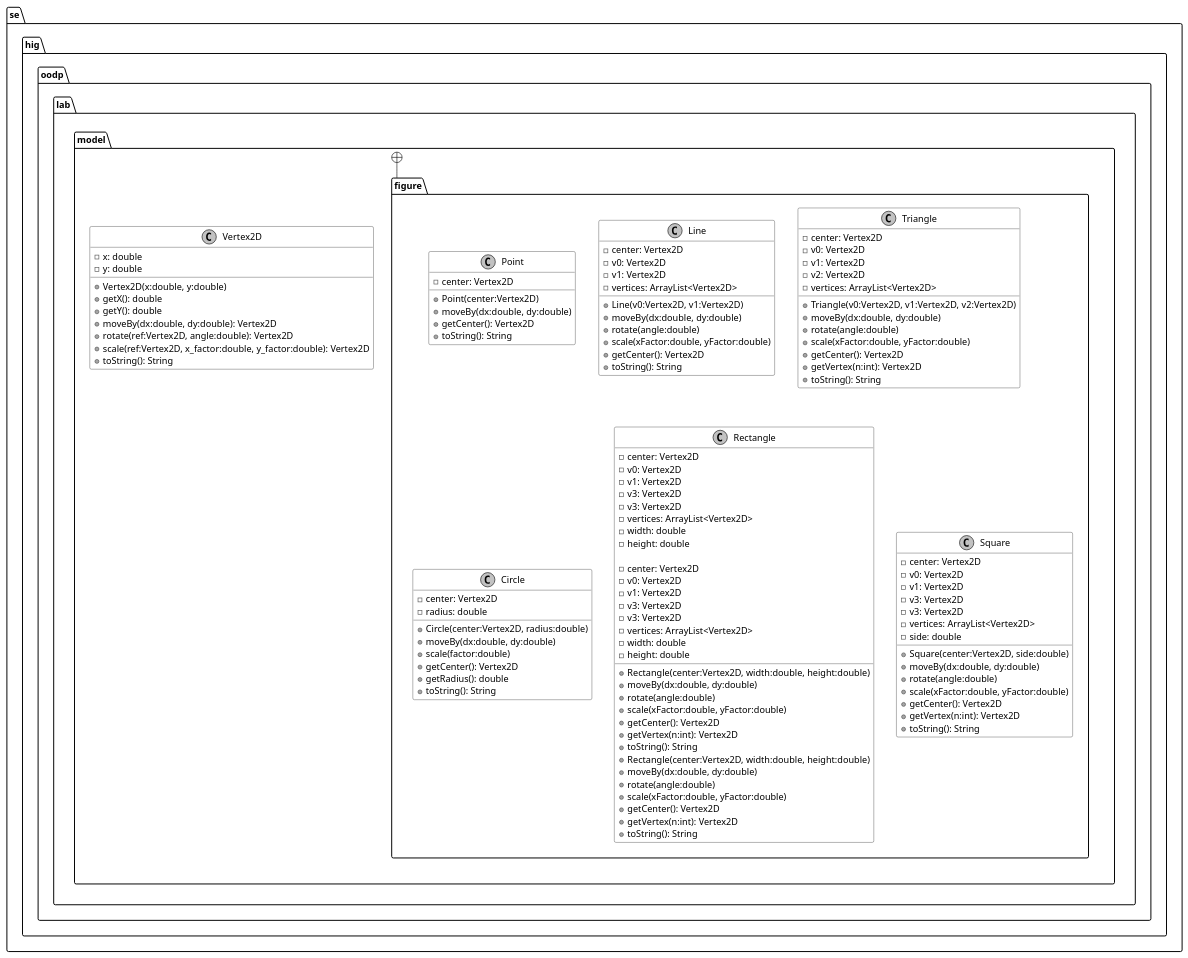
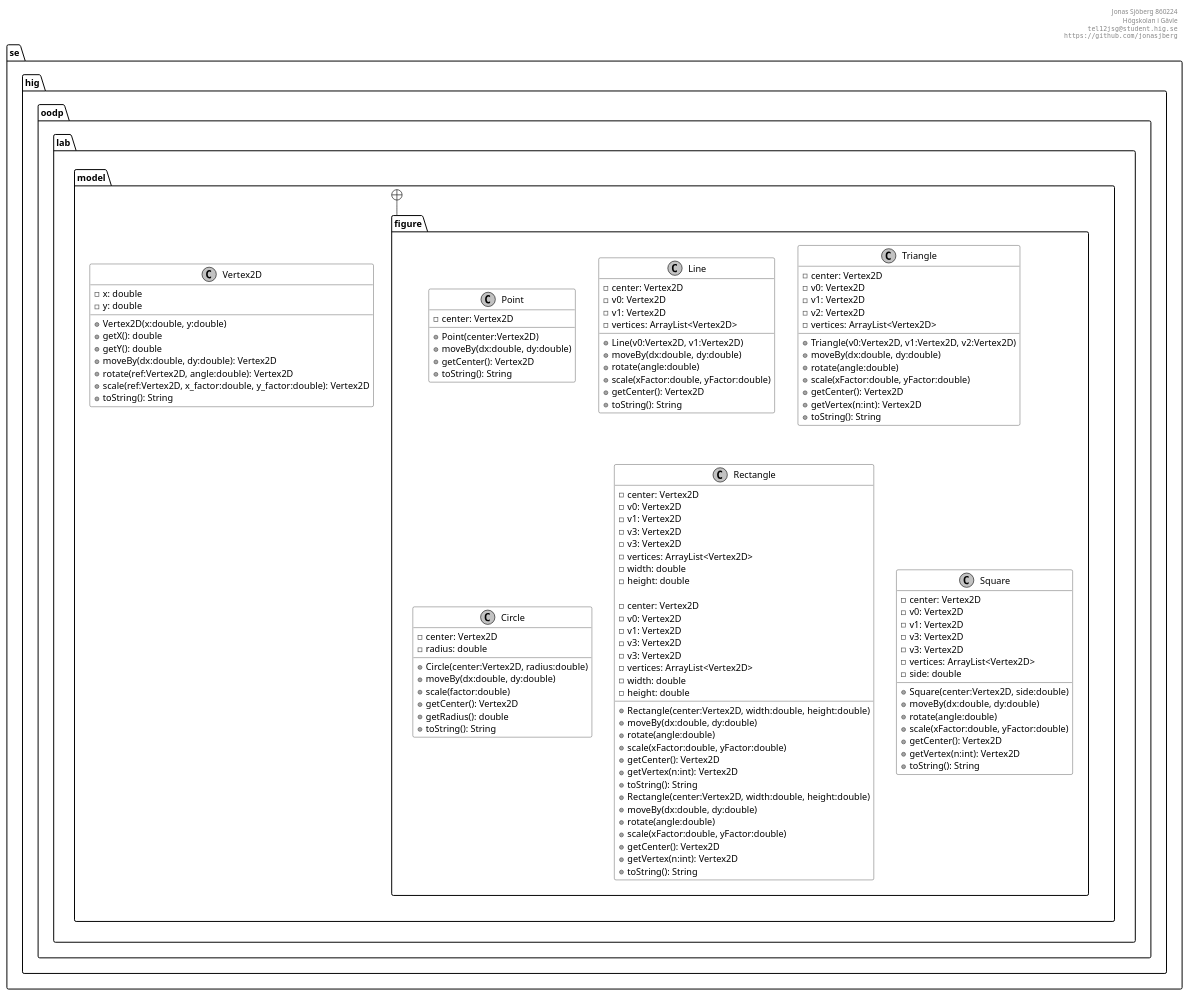
Before and after one commit to jonasjberg/DVG303_lab1: the diagram in diagram/uppgift1.puml, drawn with PlantUML. The commit also changed 14 other files, not shown here.

Commit message:
Update diagrams.

```diff
--- a/diagram/uppgift1.puml
+++ b/diagram/uppgift1.puml
@@ -9,152 +9,160 @@
 @startuml
 ' ____________________________________________________________________________
 ' ____ CONFIGURATION OPTIONS __________________________________________________
 ' package graphical style
 skinparam packageStyle folder
 
 ' don't use symbols to indicate visibility
 ' skinparam classAttributeIconsize 0
 
 ' appearance
 skinparam monochrome true
 skinparam backgroundColor transparent
 skinparam classBackgroundColor transparent
 'skinparam style strictuml
+
+header
+Jonas Sjöberg 860224
+Högskolan i Gävle
+""tel12jsg@student.hig.se""
+""https://github.com/jonasjberg""
+end header
+
 
 ' ____________________________________________________________________________
 ' ____ CLASS DEFINITIONS ______________________________________________________
 package se.hig.oodp.lab.model {
     class Vertex2D {
         -x: double
         -y: double
         +Vertex2D(x:double, y:double)
         +getX(): double
         +getY(): double
         +moveBy(dx:double, dy:double): Vertex2D
         +rotate(ref:Vertex2D, angle:double): Vertex2D
         +scale(ref:Vertex2D, x_factor:double, y_factor:double): Vertex2D
         +toString(): String
     }
 }
 
 package se.hig.oodp.lab.model.figure {
     class Point {
         -center: Vertex2D
         +Point(center:Vertex2D)
         +moveBy(dx:double, dy:double)
         +getCenter(): Vertex2D
         +toString(): String
     }
 
     class Line {
         -center: Vertex2D
         -v0: Vertex2D
         -v1: Vertex2D
         -vertices: ArrayList<Vertex2D>
         +Line(v0:Vertex2D, v1:Vertex2D)
         +moveBy(dx:double, dy:double)
         +rotate(angle:double)
         +scale(xFactor:double, yFactor:double)
         +getCenter(): Vertex2D
         +toString(): String
     }
 
     class Triangle {
         -center: Vertex2D
         -v0: Vertex2D
         -v1: Vertex2D
         -v2: Vertex2D
         -vertices: ArrayList<Vertex2D>
 
         +Triangle(v0:Vertex2D, v1:Vertex2D, v2:Vertex2D)
         +moveBy(dx:double, dy:double)
         +rotate(angle:double)
         +scale(xFactor:double, yFactor:double)
         +getCenter(): Vertex2D
         +getVertex(n:int): Vertex2D
         +toString(): String
     }
 
     class Circle {
         -center: Vertex2D
         -radius: double
 
         +Circle(center:Vertex2D, radius:double)
         +moveBy(dx:double, dy:double)
         +scale(factor:double)
         +getCenter(): Vertex2D
         +getRadius(): double
         +toString(): String
     }
 
     class Rectangle {
         -center: Vertex2D
         -v0: Vertex2D
         -v1: Vertex2D
         -v3: Vertex2D
         -v3: Vertex2D
         -vertices: ArrayList<Vertex2D>
         -width: double
         -height: double
 
         +Rectangle(center:Vertex2D, width:double, height:double)
         +moveBy(dx:double, dy:double)
         +rotate(angle:double)
         +scale(xFactor:double, yFactor:double)
         +getCenter(): Vertex2D
         +getVertex(n:int): Vertex2D
         +toString(): String
     }
 
     class Rectangle {
         -center: Vertex2D
         -v0: Vertex2D
         -v1: Vertex2D
         -v3: Vertex2D
         -v3: Vertex2D
         -vertices: ArrayList<Vertex2D>
         -width: double
         -height: double
 
         +Rectangle(center:Vertex2D, width:double, height:double)
         +moveBy(dx:double, dy:double)
         +rotate(angle:double)
         +scale(xFactor:double, yFactor:double)
         +getCenter(): Vertex2D
         +getVertex(n:int): Vertex2D
         +toString(): String
     }
 
     class Square {
         -center: Vertex2D
         -v0: Vertex2D
         -v1: Vertex2D
         -v3: Vertex2D
         -v3: Vertex2D
         -vertices: ArrayList<Vertex2D>
         -side: double
 
         +Square(center:Vertex2D, side:double)
         +moveBy(dx:double, dy:double)
         +rotate(angle:double)
         +scale(xFactor:double, yFactor:double)
         +getCenter(): Vertex2D
         +getVertex(n:int): Vertex2D
         +toString(): String
     }
 }
 
 
 ' ____________________________________________________________________________
 ' ____ PACKAGE HIERARCHY _____________________________________________________
 se.hig.oodp.lab.model +-- se.hig.oodp.lab.model.figure
 
 
 ' ____________________________________________________________________________
 ' ____ RELATIONS BETWEEN CLASSES _____________________________________________
 
 
 
 
 
 @enduml
```
